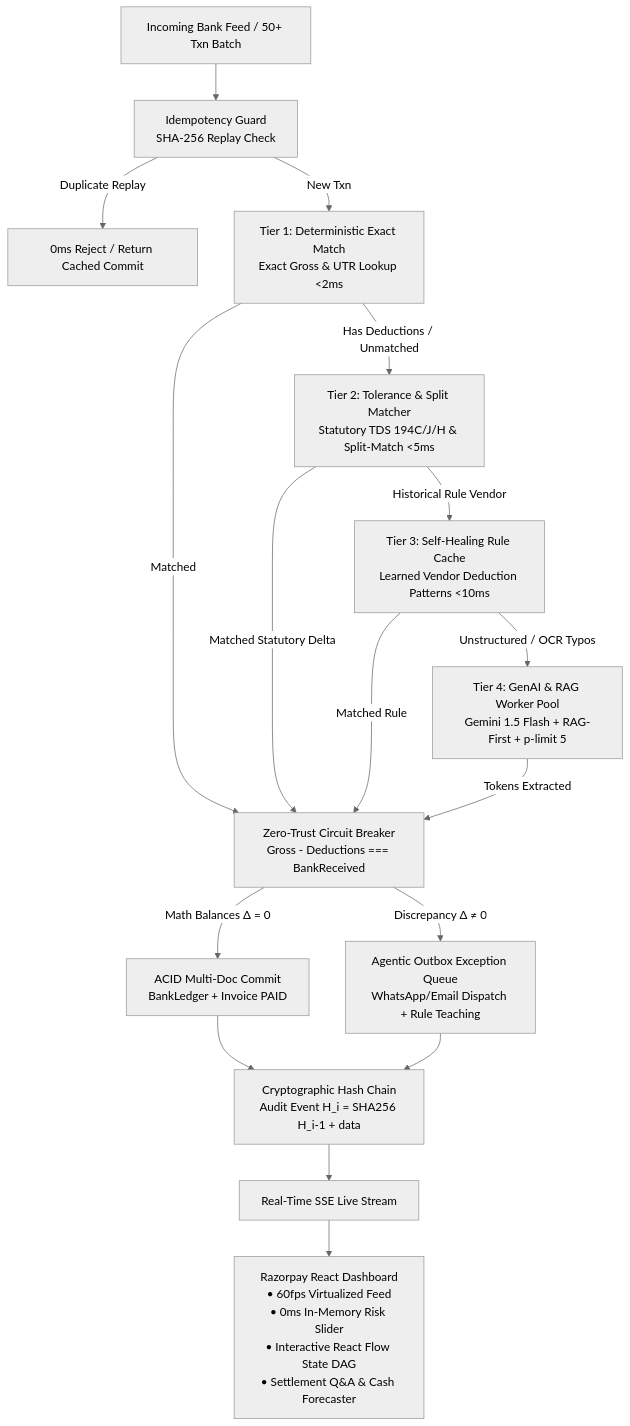
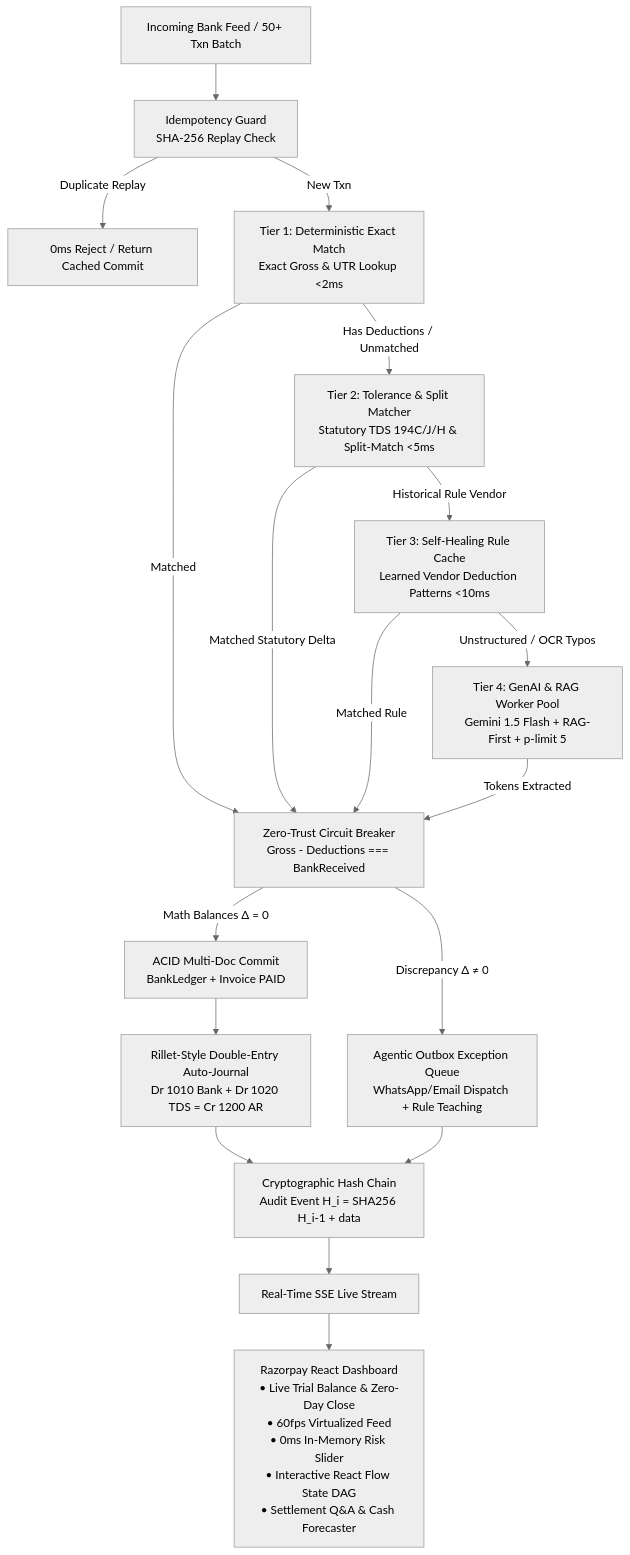
Before and after one commit to aakashverse/recon-ai: the diagram in README.md, drawn with Mermaid (neutral theme). The commit also changed other lines of this file, not shown here.

Commit message:
docs: add Rillet unicorn comparison matrix and double-entry GL documentation

````diff
--- a/README.md
+++ b/README.md
@@ -20,26 +34,27 @@
 ```mermaid
 flowchart TD
     A[Incoming Bank Feed / 50+ Txn Batch] --> B[Idempotency Guard<br/>SHA-256 Replay Check]
     B -->|Duplicate Replay| B1[0ms Reject / Return Cached Commit]
     B -->|New Txn| C[Tier 1: Deterministic Exact Match<br/>Exact Gross & UTR Lookup <2ms]
     
     C -->|Matched| CB[Zero-Trust Circuit Breaker<br/>Gross - Deductions === BankReceived]
     C -->|Has Deductions / Unmatched| D[Tier 2: Tolerance & Split Matcher<br/>Statutory TDS 194C/J/H & Split-Match <5ms]
     
     D -->|Matched Statutory Delta| CB
     D -->|Historical Rule Vendor| E[Tier 3: Self-Healing Rule Cache<br/>Learned Vendor Deduction Patterns <10ms]
     
     E -->|Matched Rule| CB
     E -->|Unstructured / OCR Typos| F[Tier 4: GenAI & RAG Worker Pool<br/>Gemini 1.5 Flash + RAG-First + p-limit 5]
     
     F -->|Tokens Extracted| CB
     
     CB -->|Math Balances Δ = 0| G[ACID Multi-Doc Commit<br/>BankLedger + Invoice PAID]
     CB -->|Discrepancy Δ ≠ 0| H[Agentic Outbox Exception Queue<br/>WhatsApp/Email Dispatch + Rule Teaching]
     
-    G --> I[Cryptographic Hash Chain<br/>Audit Event H_i = SHA256 H_i-1 + data]
+    G --> GL[Rillet-Style Double-Entry Auto-Journal<br/>Dr 1010 Bank + Dr 1020 TDS = Cr 1200 AR]
+    GL --> I[Cryptographic Hash Chain<br/>Audit Event H_i = SHA256 H_i-1 + data]
     H --> I
     
     I --> J[Real-Time SSE Live Stream]
-    J --> K[Razorpay React Dashboard<br/>• 60fps Virtualized Feed<br/>• 0ms In-Memory Risk Slider<br/>• Interactive React Flow State DAG<br/>• Settlement Q&A & Cash Forecaster]
+    J --> K[Razorpay React Dashboard<br/>• Live Trial Balance & Zero-Day Close<br/>• 60fps Virtualized Feed<br/>• 0ms In-Memory Risk Slider<br/>• Interactive React Flow State DAG<br/>• Settlement Q&A & Cash Forecaster]
 ```
````
